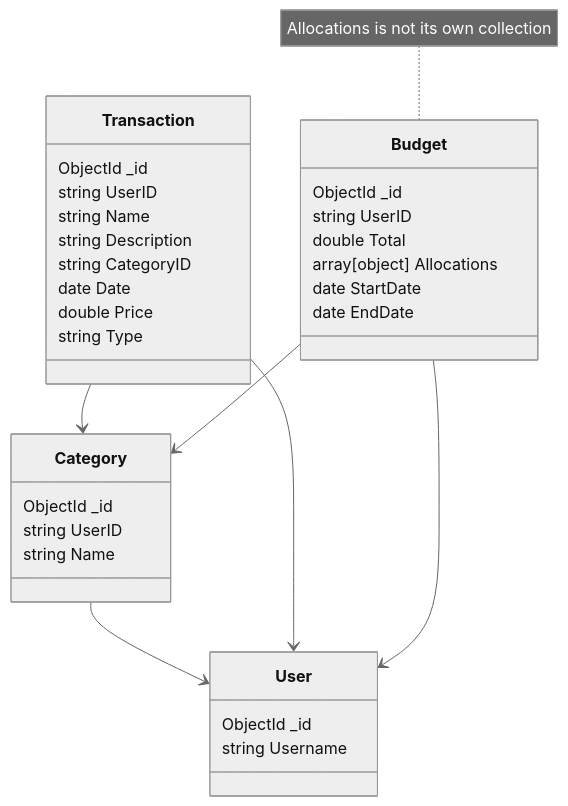
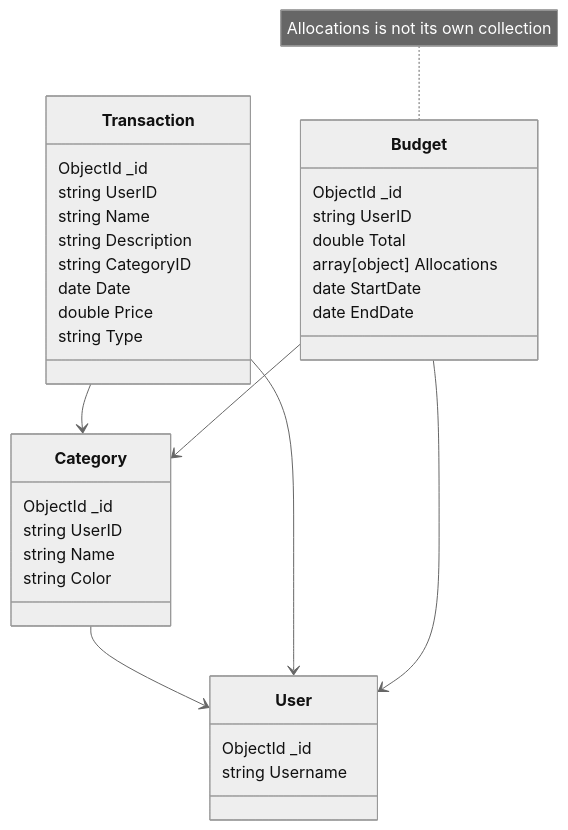
One commit to AlisonTDoyle/FinanceTrackerApi changed the diagram in README.md. Above: the diagram before and after it, drawn with Mermaid (neutral theme). The commit also changed 1 other file, not shown here.

Commit message:
:card_file_box: Updated category model and README.md with new "color" feild

````diff
--- a/README.md
+++ b/README.md
@@ -3,41 +3,42 @@
 ```mermaid
 classDiagram
     class Category{
 		    ObjectId _id
         string UserID
         string Name
+		string Color
     }
     
     class Transaction{
 		    ObjectId _id
 		    string UserID
 		    string Name
 		    string Description
 		    string CategoryID
 		    date Date
 		    double Price
 		    string Type
     }
     
     class User{
 		    ObjectId _id
 		    string Username
     }
     
     class Budget{
 		    ObjectId _id
 		    string UserID
 		    double Total
 		    array[object] Allocations
 		    date StartDate
 		    date EndDate
     }
 
     note for Budget "Allocations is not its own collection"
     
     Category --> User
     Transaction --> User
     Transaction --> Category
     Budget --> User
     Budget --> Category
 ```
````
